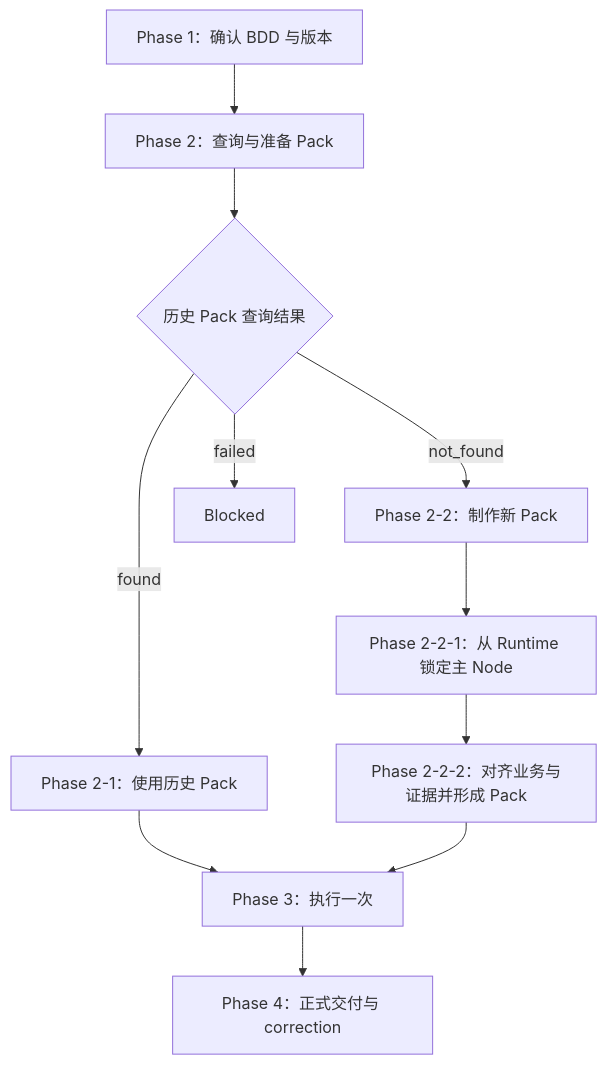
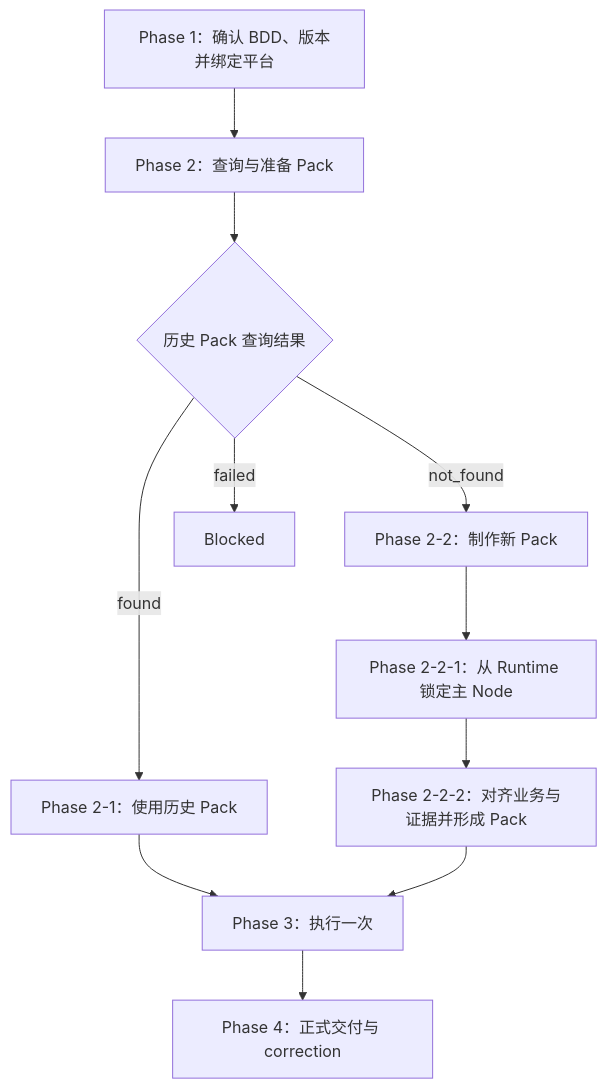
One commit to daihothot/scout changed the first of 11 diagrams in assets/scout/skills/domain-rbt-executor/SKILL.md. Above: the diagram before and after it, drawn with Mermaid. The commit also changed other lines of this file and 24 other files, not shown here.

````diff
--- a/assets/scout/skills/domain-rbt-executor/SKILL.md
+++ b/assets/scout/skills/domain-rbt-executor/SKILL.md
@@ -66,13 +68,13 @@
 ```mermaid
 flowchart TD
-  P1["Phase 1：确认 BDD 与版本"] --> P2["Phase 2：查询与准备 Pack"]
+  P1["Phase 1：确认 BDD、版本并绑定平台"] --> P2["Phase 2：查询与准备 Pack"]
   P2 --> Q{"历史 Pack 查询结果"}
   Q -- found --> P21["Phase 2-1：使用历史 Pack"]
   Q -- not_found --> P22["Phase 2-2：制作新 Pack"]
   Q -- failed --> X["Blocked"]
   P22 --> P221["Phase 2-2-1：从 Runtime 锁定主 Node"]
   P221 --> P222["Phase 2-2-2：对齐业务与证据并形成 Pack"]
   P21 --> P3["Phase 3：执行一次"]
   P222 --> P3
   P3 --> P4["Phase 4：正式交付与 correction"]
 ```
````
